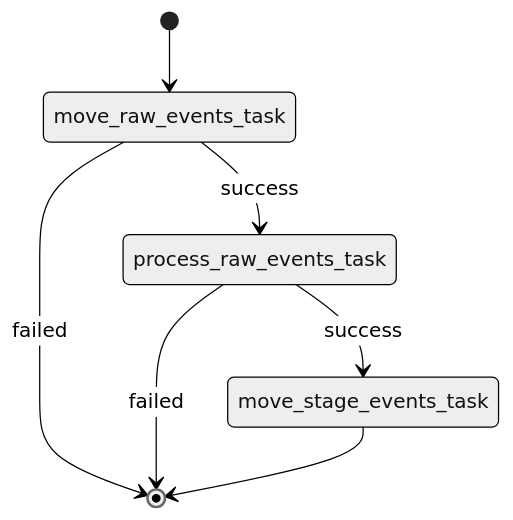
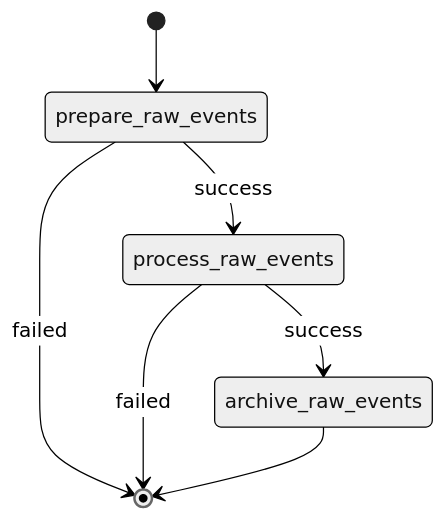
The diagram in docs/services/clickstream/batch/stages-diagram.mmd (csgn/lamode.dev), drawn with Mermaid (neutral theme) before and after one commit. The commit also changed 6 other files, not shown here.

```diff
--- a/docs/services/clickstream/batch/stages-diagram.mmd
+++ b/docs/services/clickstream/batch/stages-diagram.mmd
@@ -1,9 +1,9 @@
 %% docs/resources/diagrams/clickstream-batch-stages-diagram.png
 
 stateDiagram-v2
-    [*] --> move_raw_events_task
-    move_raw_events_task --> [*]: failed
-    move_raw_events_task --> process_raw_events_task: success
-    process_raw_events_task --> [*]: failed
-    process_raw_events_task --> move_stage_events_task: success
-    move_stage_events_task --> [*]
+    [*] --> prepare_raw_events
+    prepare_raw_events --> [*]: failed
+    prepare_raw_events --> process_raw_events: success
+    process_raw_events --> [*]: failed
+    process_raw_events --> archive_raw_events: success
+    archive_raw_events --> [*]
```
